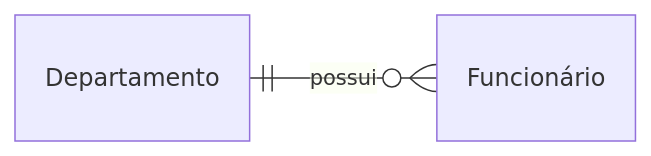
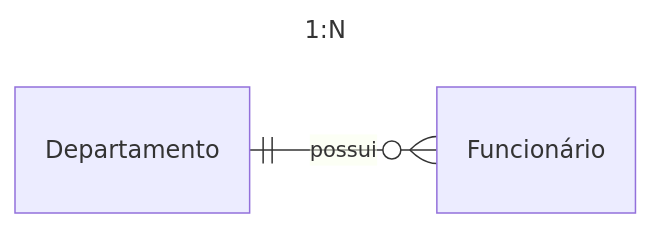
Before and after one commit to dmenezesgabriel/notes: the second of 6 diagrams in notes/data-enginieer.concepts.data-modeling.data-modeling-cardinality.md, drawn with Mermaid. The commit also changed other lines of this file and 4 other files, not shown here.

````diff
--- a/notes/data-enginieer.concepts.data-modeling.data-modeling-cardinality.md
+++ b/notes/data-enginieer.concepts.data-modeling.data-modeling-cardinality.md
@@ -21,5 +25,9 @@
 ```mermaid
+---
+title: 1:N
+---
+
 erDiagram
   direction LR
   Departamento ||--o{ Funcionário : possui
 ```
````
